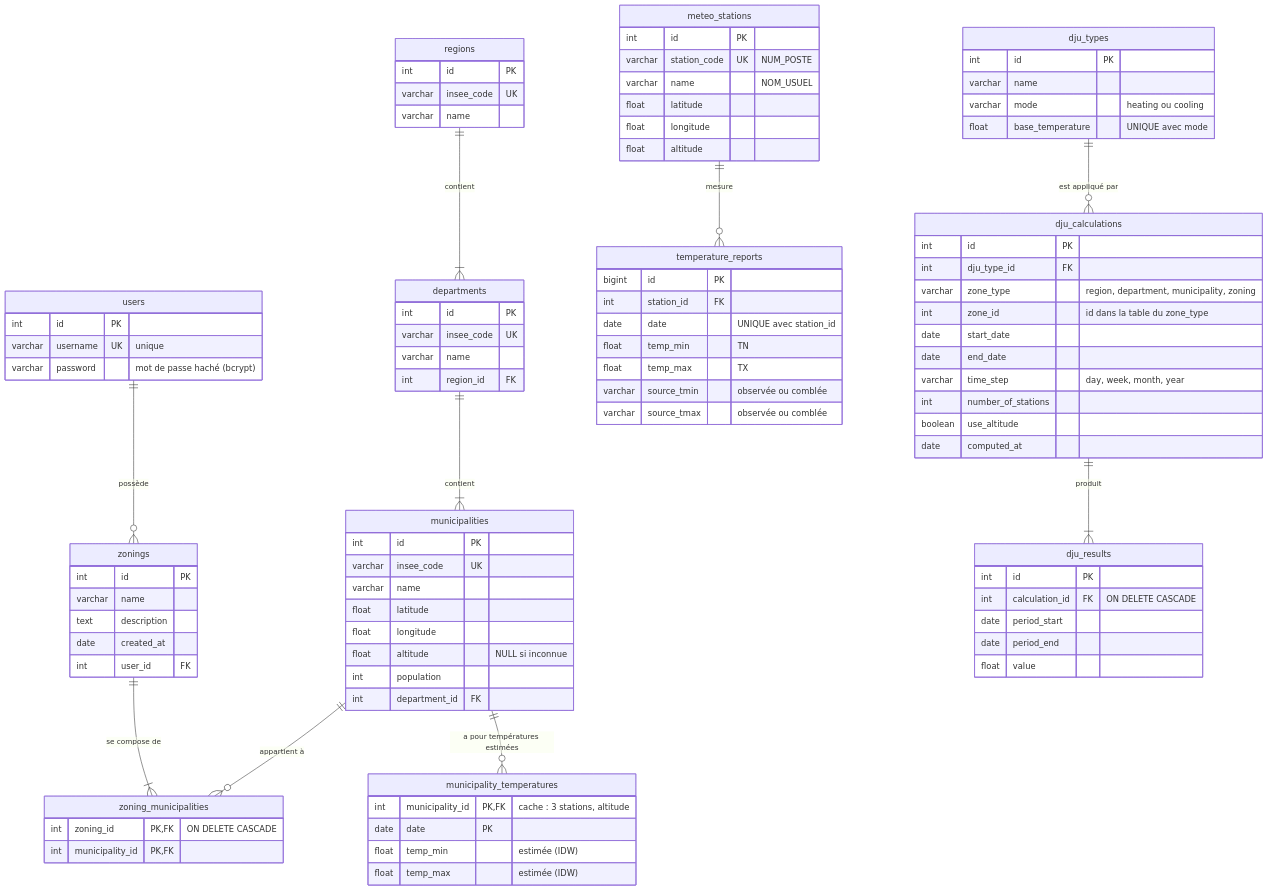
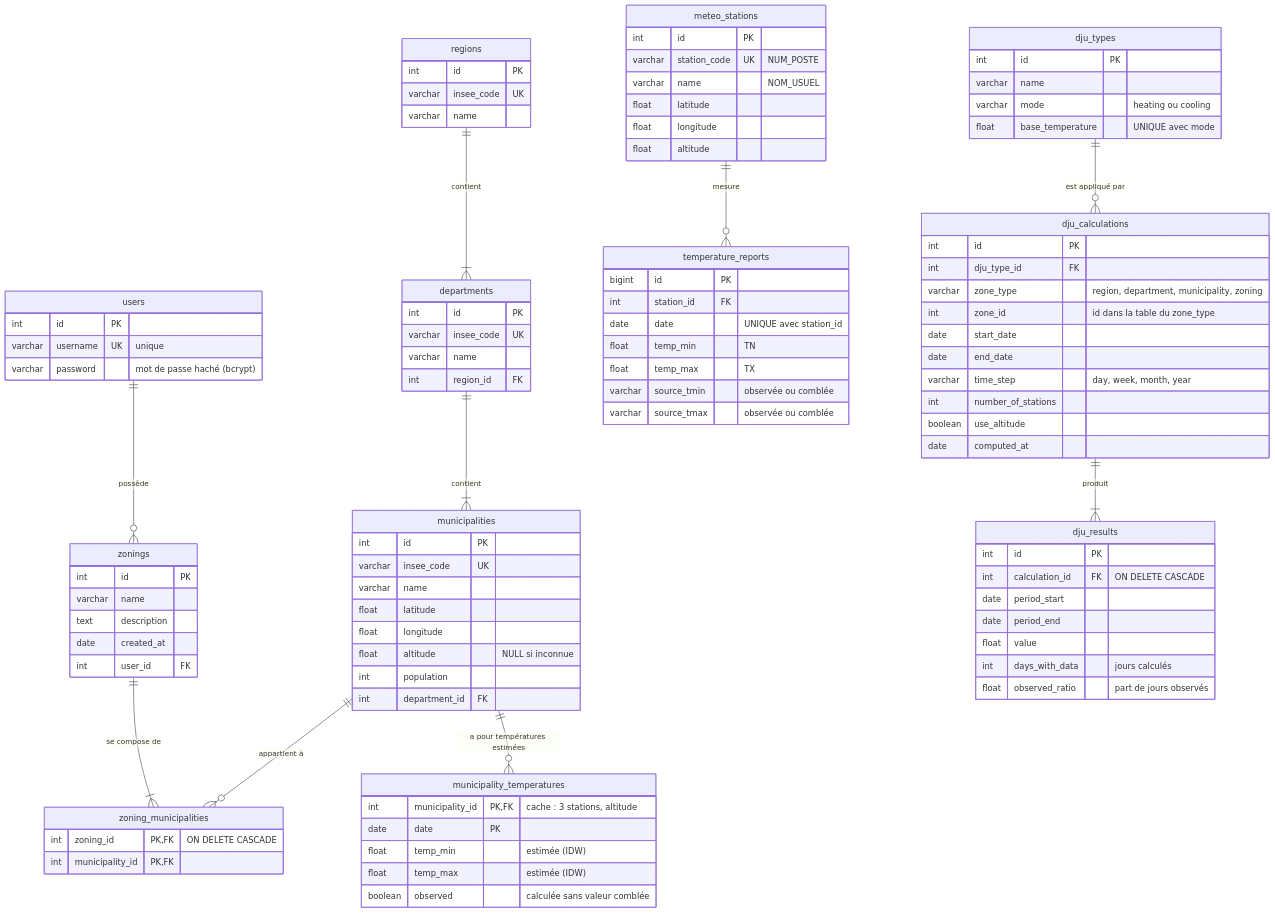
Before and after one commit to gabriel-dahan/ensai-it-project-2a-team12: the second of 16 diagrams in doc/new_diagram.md, drawn with Mermaid. The commit also changed other lines of this file and 54 other files, not shown here.

First line of the commit message:
Implement DJU API according to new_diagram.md

````diff
--- a/doc/new_diagram.md
+++ b/doc/new_diagram.md
@@ -298,6 +297,7 @@
         date date PK
         float temp_min "estimée (IDW)"
         float temp_max "estimée (IDW)"
+        boolean observed "calculée sans valeur comblée"
     }
 
     dju_types {
@@ -326,5 +326,7 @@
         date period_start
         date period_end
         float value
+        int days_with_data "jours calculés"
+        float observed_ratio "part de jours observés"
     }
 ```
````
